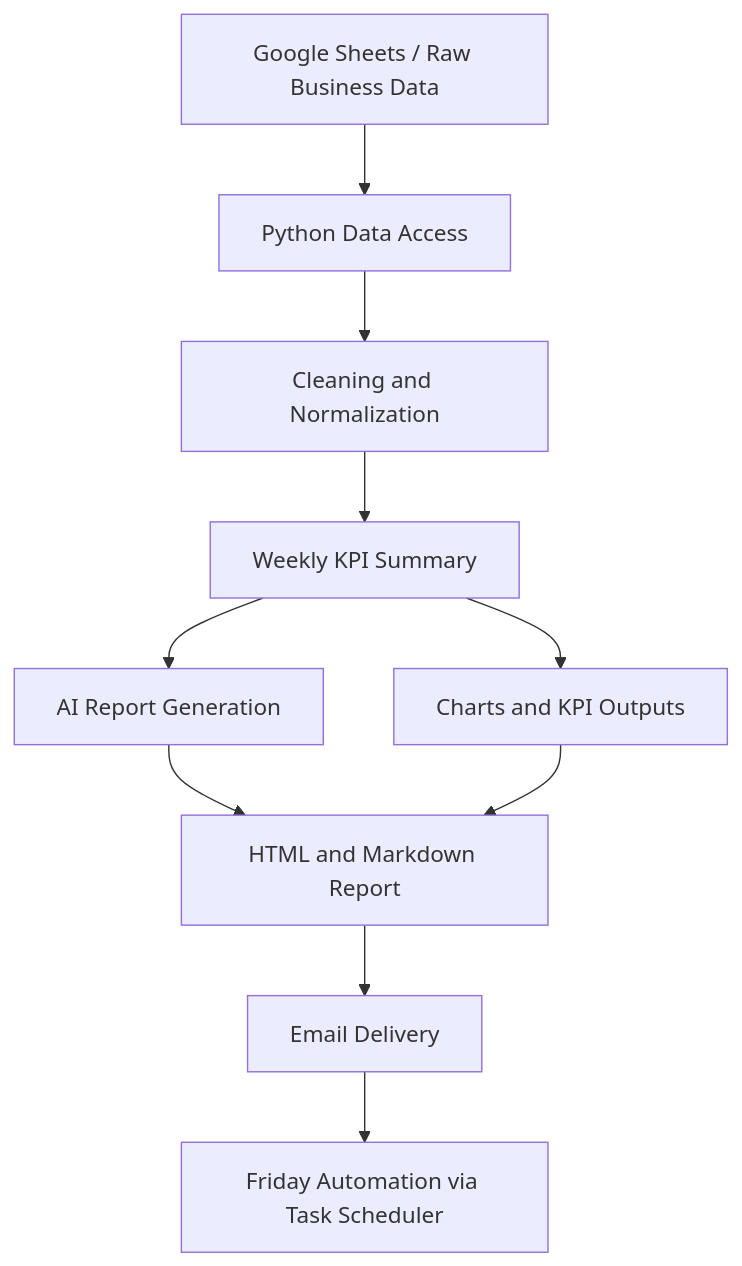
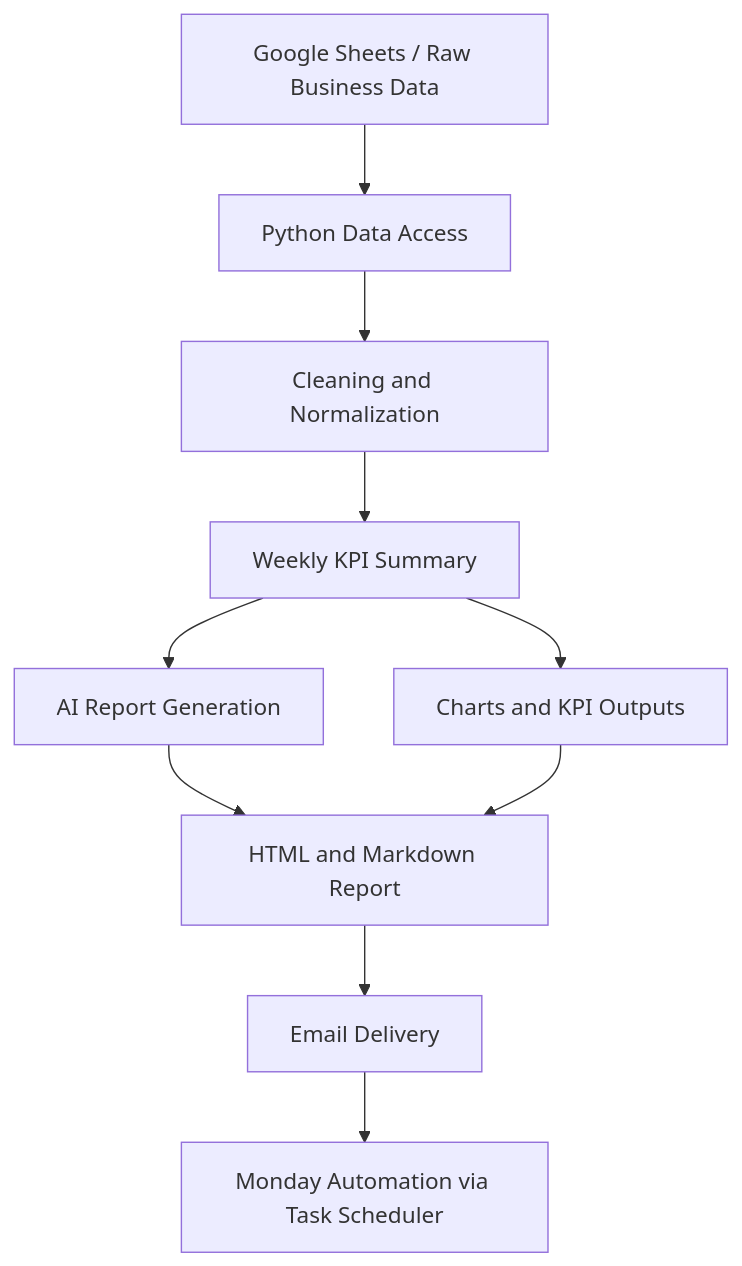
The first of 2 diagrams in README.md (vahnshi-vs/ai-weekly-business-report-automation), drawn with Mermaid before and after one commit.

````diff
--- a/README.md
+++ b/README.md
@@ -72,12 +72,12 @@
 ```mermaid
 flowchart TD
     A[Google Sheets / Raw Business Data] --> B[Python Data Access]
     B --> C[Cleaning and Normalization]
     C --> D[Weekly KPI Summary]
     D --> E[AI Report Generation]
     D --> F[Charts and KPI Outputs]
     E --> G[HTML and Markdown Report]
     F --> G
     G --> H[Email Delivery]
-    H --> I[Friday Automation via Task Scheduler]
+    H --> I[Monday Automation via Task Scheduler]
 ```
````
